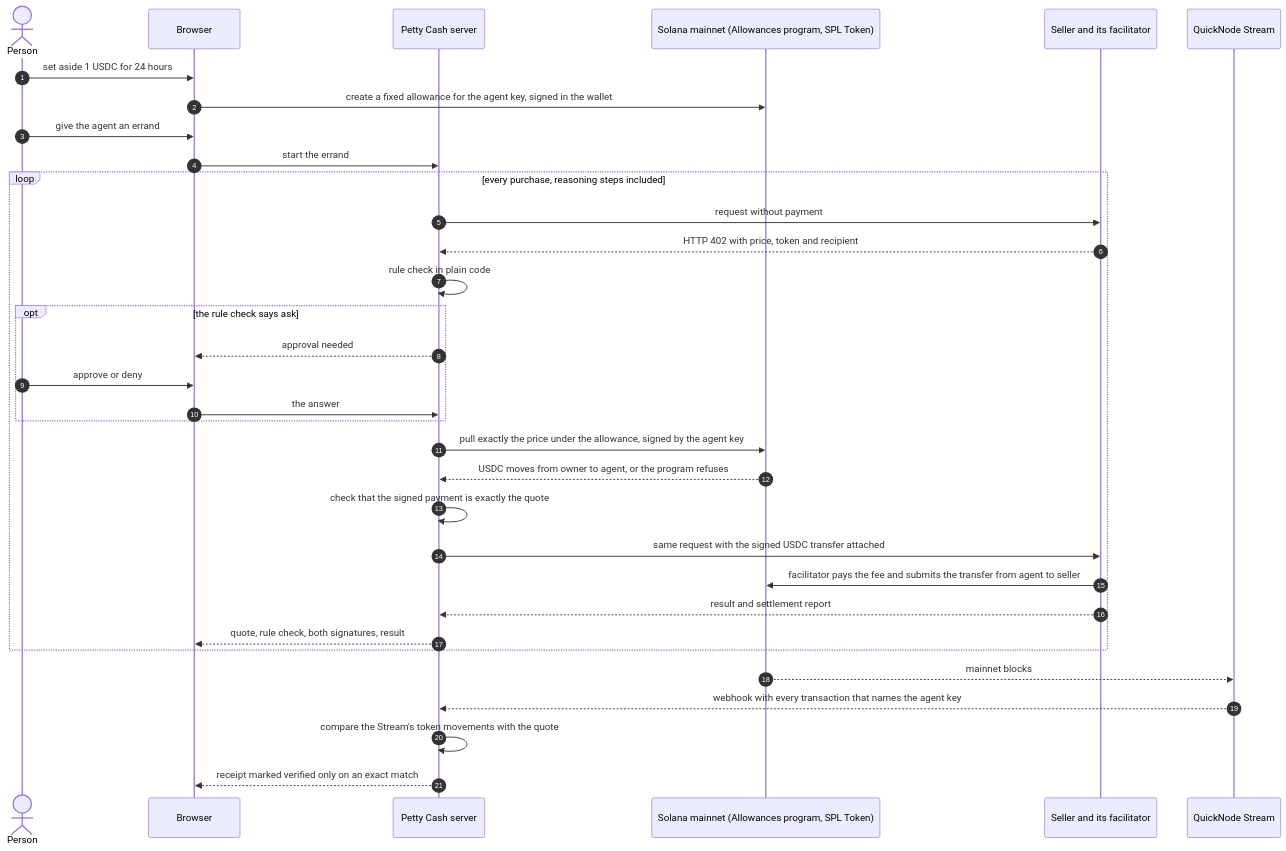
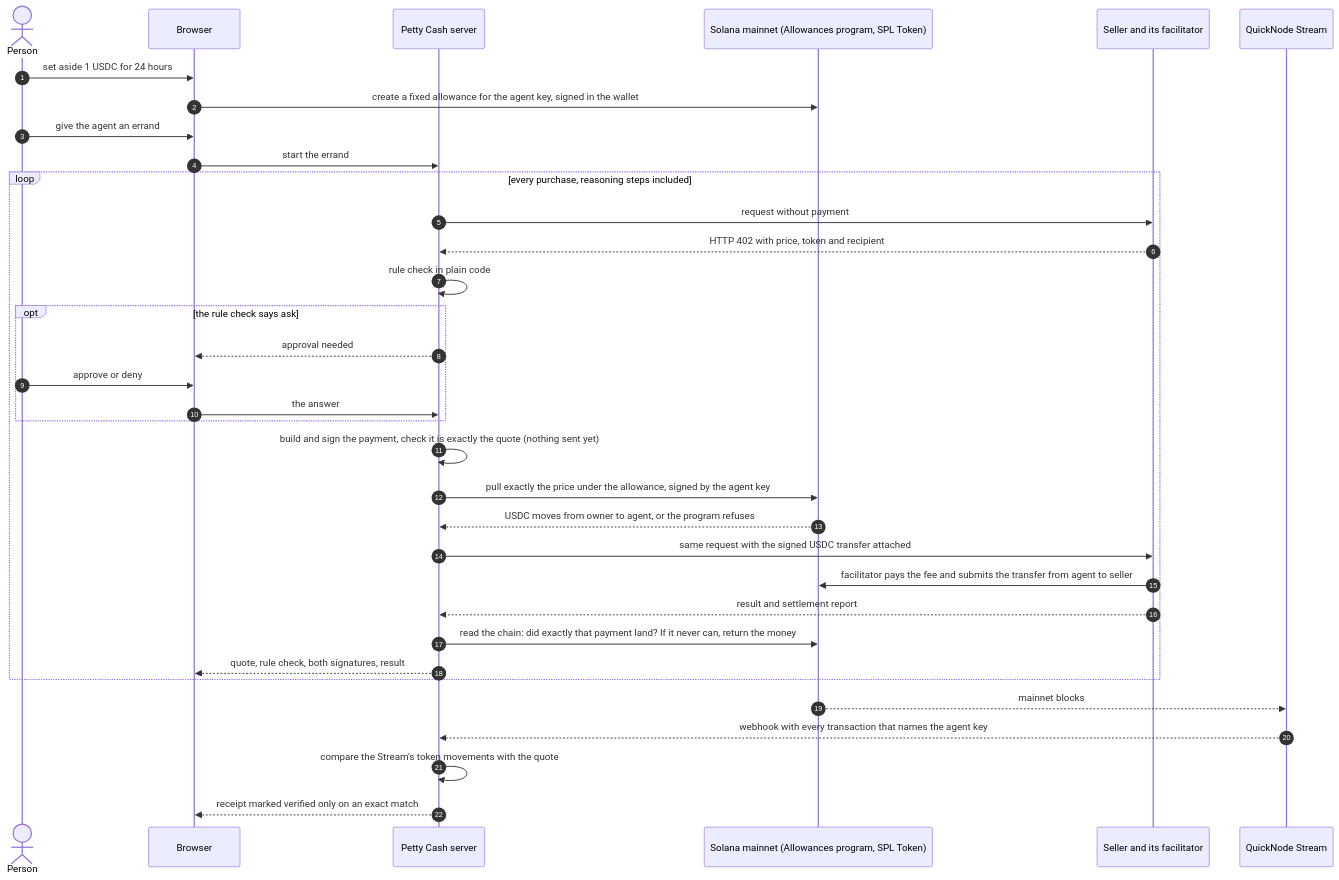
The diagram in README.md (ddeepak17/pettycash), drawn with Mermaid before and after one commit. The commit also changed other lines of this file and 5 other files, not shown here.

Commit message:
Unique note on every pull and refund so identical transactions cannot collapse; docs match the hardened purchase flow

````diff
--- a/README.md
+++ b/README.md
@@ -59,36 +59,37 @@
 ```mermaid
 sequenceDiagram
     autonumber
     actor P as Person
     participant B as Browser
     participant S as Petty Cash server
     participant A as Solana mainnet (Allowances program, SPL Token)
     participant X as Seller and its facilitator
     participant Q as QuickNode Stream
 
     P->>B: set aside 1 USDC for 24 hours
     B->>A: create a fixed allowance for the agent key, signed in the wallet
     P->>B: give the agent an errand
     B->>S: start the errand
     loop every purchase, reasoning steps included
         S->>X: request without payment
         X-->>S: HTTP 402 with price, token and recipient
         S->>S: rule check in plain code
         opt the rule check says ask
             S-->>B: approval needed
             P->>B: approve or deny
             B->>S: the answer
         end
+        S->>S: build and sign the payment, check it is exactly the quote (nothing sent yet)
         S->>A: pull exactly the price under the allowance, signed by the agent key
         A-->>S: USDC moves from owner to agent, or the program refuses
-        S->>S: check that the signed payment is exactly the quote
         S->>X: same request with the signed USDC transfer attached
         X->>A: facilitator pays the fee and submits the transfer from agent to seller
         X-->>S: result and settlement report
+        S->>A: read the chain: did exactly that payment land? If it never can, return the money
         S-->>B: quote, rule check, both signatures, result
     end
     A-->>Q: mainnet blocks
     Q-->>S: webhook with every transaction that names the agent key
     S->>S: compare the Stream's token movements with the quote
     S-->>B: receipt marked verified only on an exact match
 ```
````
